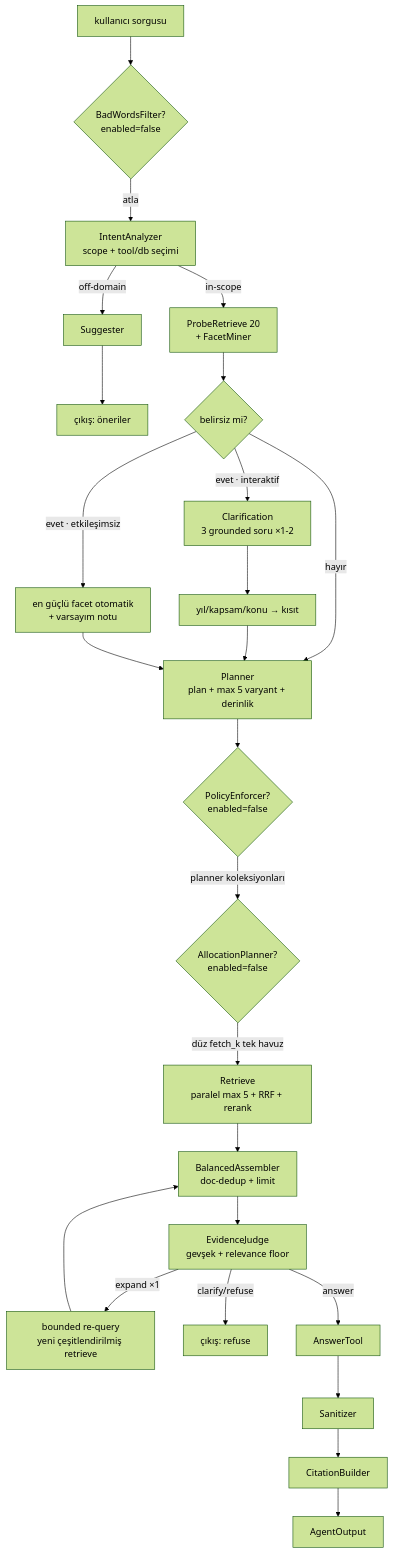
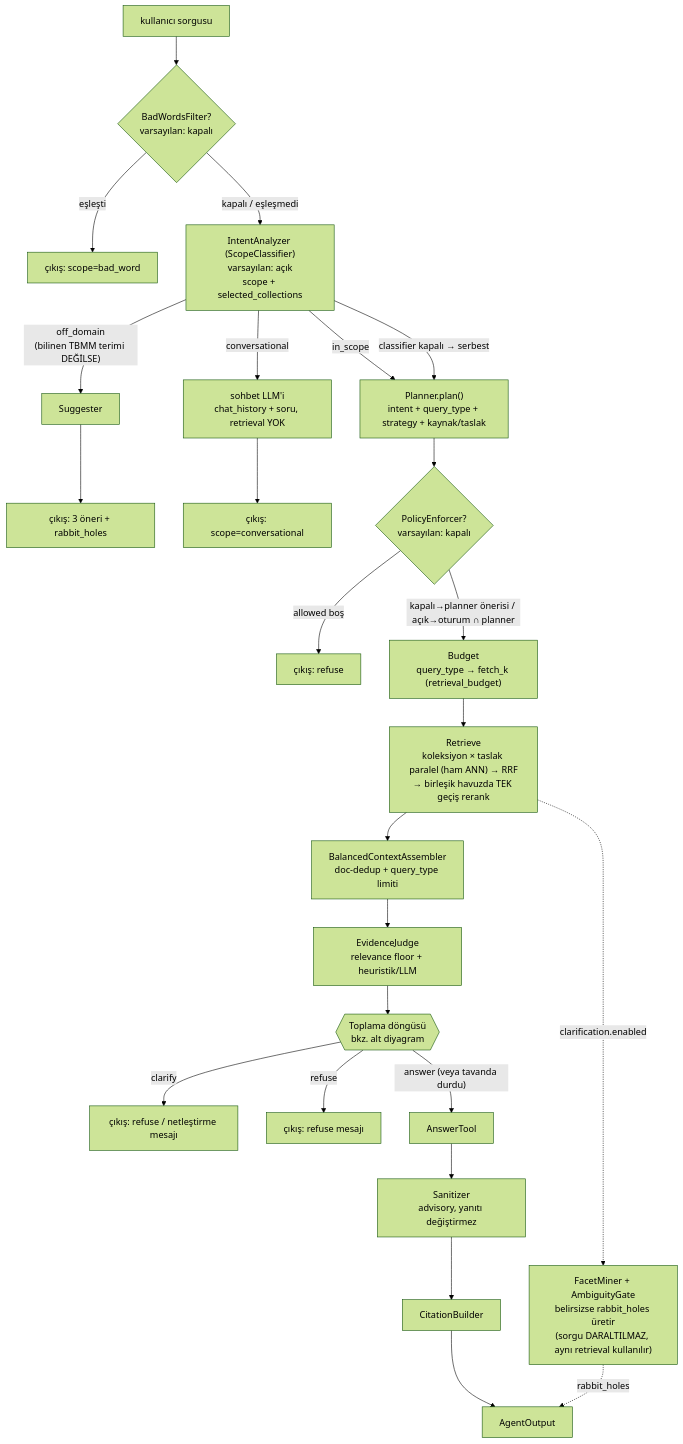
The first of 4 diagrams in src/agent/README.md (tirnavali/rag-poc), drawn with Mermaid (forest theme) before and after one commit. The commit also changed other lines of this file and 48 other files, not shown here.

````diff
--- a/src/agent/README.md
+++ b/src/agent/README.md
@@ -14,22 +29,22 @@
 ```mermaid
 flowchart TD
-  Q[kullanıcı sorgusu] --> BW{"BadWordsFilter?<br>enabled=false"}
-  BW -- atla --> INT["IntentAnalyzer<br>scope + tool/db seçimi"]
-  INT -- off-domain --> SUG[Suggester] --> EX1[çıkış: öneriler]
-  INT -- in-scope --> PRB["ProbeRetrieve 20<br>+ FacetMiner"]
-  PRB --> AMB{belirsiz mi?}
-  AMB -- hayır --> PL
-  AMB -- "evet · interaktif" --> CLR["Clarification<br>3 grounded soru ×1-2"]
-  CLR --> CON["yıl/kapsam/konu → kısıt"]
-  AMB -- "evet · etkileşimsiz" --> AUTO["en güçlü facet otomatik<br>+ varsayım notu"]
-  CON --> PL["Planner<br>plan + max 5 varyant + derinlik"]
-  AUTO --> PL
-  PL --> POL{"PolicyEnforcer?<br>enabled=false"}
-  POL -- planner koleksiyonları --> ALC{"AllocationPlanner?<br>enabled=false"}
-  ALC -- düz fetch_k tek havuz --> RET["Retrieve<br>paralel max 5 + RRF + rerank"]
-  RET --> ASM["BalancedAssembler<br>doc-dedup + limit"]
-  ASM --> JG["EvidenceJudge<br>gevşek + relevance floor"]
-  JG -- expand ×1 --> RQ["bounded re-query<br>yeni çeşitlendirilmiş retrieve"] --> ASM
-  JG -- clarify/refuse --> EX2[çıkış: refuse]
-  JG -- answer --> ANS[AnswerTool] --> SAN[Sanitizer] --> CIT[CitationBuilder] --> OUT[AgentOutput]
+  Q[kullanıcı sorgusu] --> BW{"BadWordsFilter?<br>varsayılan: kapalı"}
+  BW -- eşleşti --> EX0[çıkış: scope=bad_word]
+  BW -- "kapalı / eşleşmedi" --> INT["IntentAnalyzer (ScopeClassifier)<br>varsayılan: açık<br>scope + selected_collections"]
+  INT -- "classifier kapalı → serbest" --> PL
+  INT -- "off_domain<br>(bilinen TBMM terimi DEĞİLSE)" --> SUG[Suggester] --> EX1[çıkış: 3 öneri + rabbit_holes]
+  INT -- conversational --> CONV["sohbet LLM'i<br>chat_history + soru, retrieval YOK"] --> EX4[çıkış: scope=conversational]
+  INT -- in_scope --> PL["Planner.plan()<br>intent + query_type + strategy + kaynak/taslak"]
+  PL --> POL{"PolicyEnforcer?<br>varsayılan: kapalı"}
+  POL -- "allowed boş" --> EX2[çıkış: refuse]
+  POL -- "kapalı→planner önerisi / açık→oturum ∩ planner" --> BUD["Budget<br>query_type → fetch_k (retrieval_budget)"]
+  BUD --> RET["Retrieve<br>koleksiyon × taslak paralel (ham ANN) → RRF<br>→ birleşik havuzda TEK geçiş rerank"]
+  RET -. "clarification.enabled" .-> RH["FacetMiner + AmbiguityGate<br>belirsizse rabbit_holes üretir<br>(sorgu DARALTILMAZ, aynı retrieval kullanılır)"]
+  RH -. rabbit_holes .-> OUT
+  RET --> ASM["BalancedContextAssembler<br>doc-dedup + query_type limiti"]
+  ASM --> JG["EvidenceJudge<br>relevance floor + heuristik/LLM"]
+  JG --> GTHR{{"Toplama döngüsü<br>bkz. alt diyagram"}}
+  GTHR -- clarify --> EX2b[çıkış: refuse / netleştirme mesajı]
+  GTHR -- refuse --> EX3[çıkış: refuse mesajı]
+  GTHR -- "answer (veya tavanda durdu)" --> ANS[AnswerTool] --> SAN["Sanitizer<br>advisory, yanıtı değiştirmez"] --> CIT[CitationBuilder] --> OUT[AgentOutput]
 ```
````
